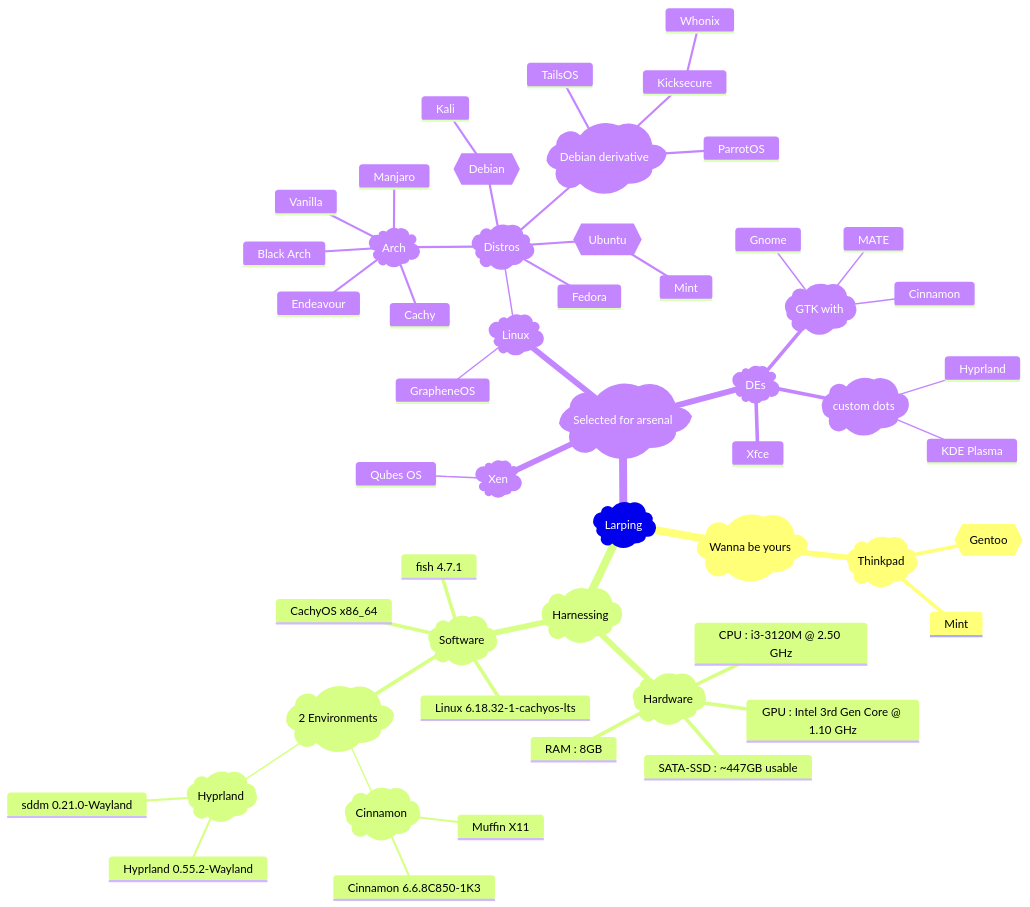
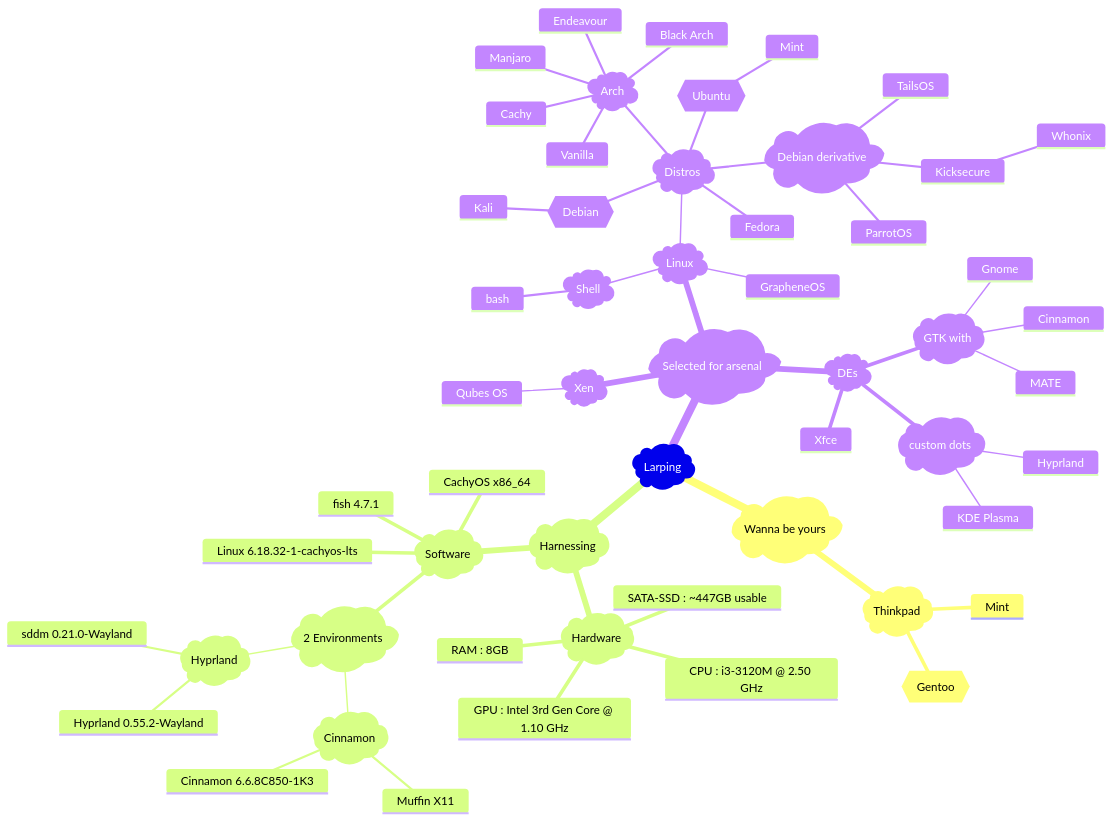
The diagram in README.md (Chintanpatel24/Chintanpatel24), drawn with Mermaid before and after one commit.

````diff
--- a/README.md
+++ b/README.md
@@ -4,56 +4,58 @@
 ```mermaid
 mindmap
 root)Larping(
  ) Wanna be yours(
   )Thinkpad(
    {{Gentoo}}
    Mint
  )Harnessing(
   )Hardware(     
    GPU : Intel 3rd Gen Core @ 1.10 GHz
    CPU : i3-3120M @ 2.50 GHz
    RAM : 8GB
    SATA-SSD : ~447GB usable 
   )Software(
    )2 Environments(
     )Cinnamon( 
      Muffin X11
      Cinnamon 6.6.8C850-1K3
     )Hyprland(
      Hyprland 0.55.2-Wayland
      sddm 0.21.0-Wayland
    CachyOS x86_64
    fish 4.7.1
    Linux 6.18.32-1-cachyos-lts
  ) Selected for arsenal(
    )Xen(
     Qubes OS
    )Linux(
+    )Shell(
+     bash
     GrapheneOS
     )Distros(
      )Arch(
       Endeavour
       Vanilla
       Black Arch
       Cachy
       Manjaro
      {{Debian}}
       Kali
      {{Ubuntu}}
       Mint
      Fedora
      )Debian derivative(
       Kicksecure
        Whonix
       ParrotOS
       TailsOS
   )DEs(
    Xfce
    )custom dots(
     Hyprland
     KDE Plasma
    )GTK with(
     Cinnamon
     Gnome
     MATE
 ```
````
